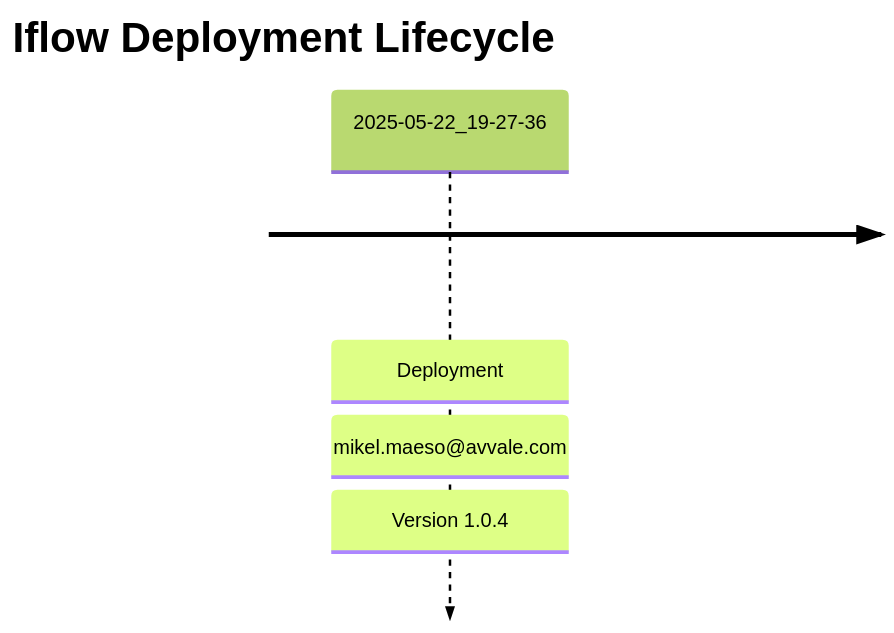
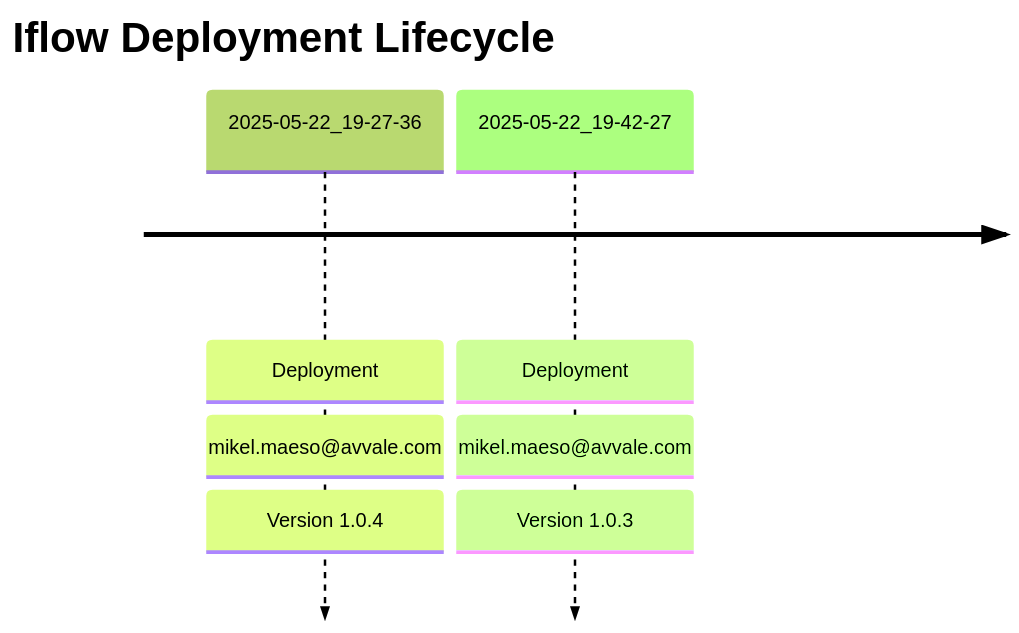
Before and after one commit to Avvale-IA-CICD/AvvaleCPI: the diagram in MMZ - Cell Iflows/Check_Connectivity_from_SAP_Business_Suite_MMZ/README.md, drawn with Mermaid. The commit also changed other lines of this file, not shown here.

Commit message:
docs: Update master README for MMZ - Cell Iflows/Check_Connectivity_from_SAP_Business_Suite_MMZ (v 1.0.3)

````diff
--- a/MMZ - Cell Iflows/Check_Connectivity_from_SAP_Business_Suite_MMZ/README.md
+++ b/MMZ - Cell Iflows/Check_Connectivity_from_SAP_Business_Suite_MMZ/README.md
@@ -7,6 +7,7 @@
 ```mermaid
 %%{init: { 'logLevel': 'debug', 'theme': 'forest' } }%%
 timeline
     title Iflow Deployment Lifecycle
     2025-05-22_19-27-36 : Deployment : mikel.maeso@avvale.com : Version 1.0.4
+    2025-05-22_19-42-27 : Deployment : mikel.maeso@avvale.com : Version 1.0.3
 ```
````
